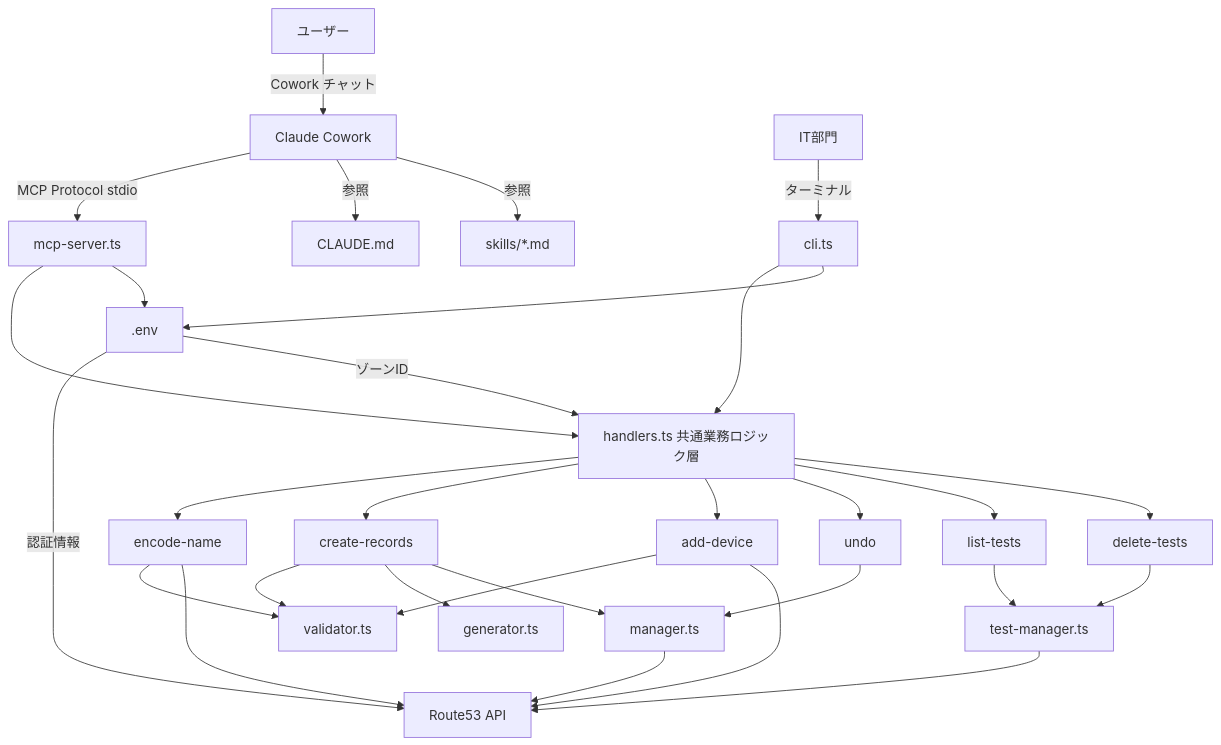
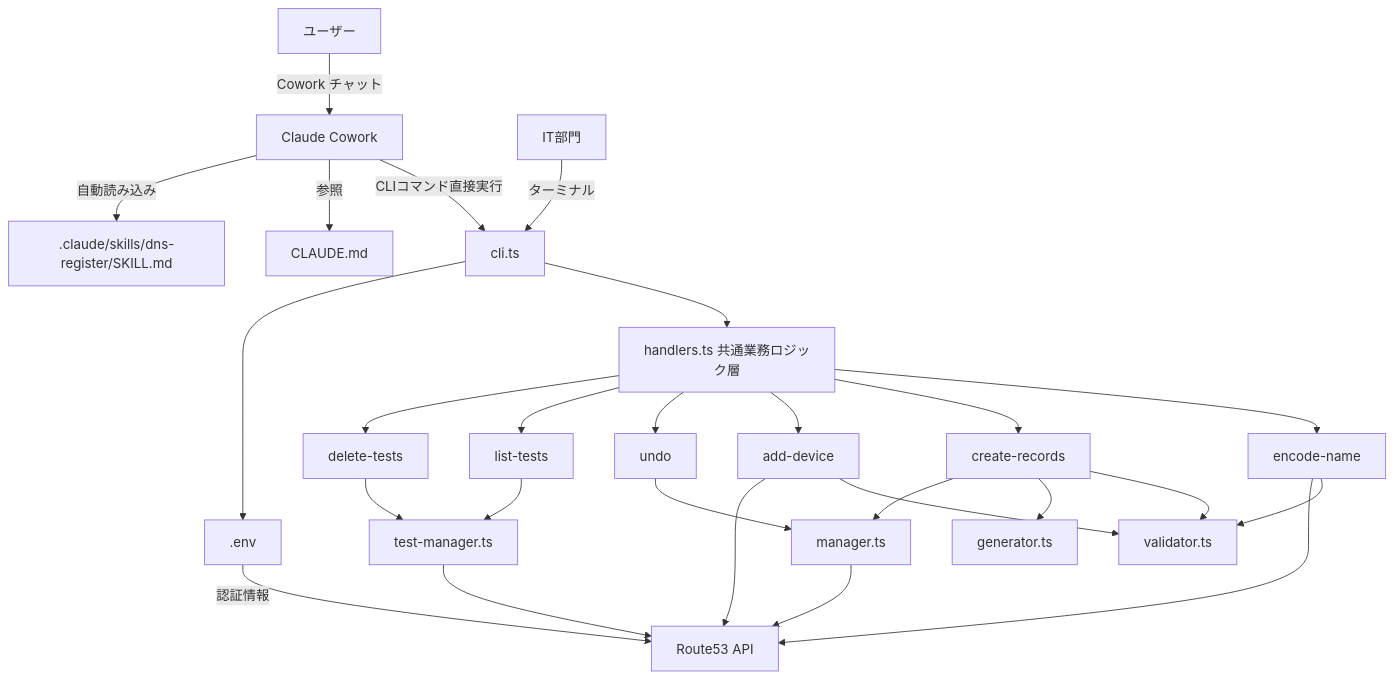
Before and after one commit to y-ishijima/route53_dns_auto_register: the first of 3 diagrams in docs/architecture.md, drawn with Mermaid. The commit also changed other lines of this file and 11 other files, not shown here.

First line of the commit message:
feat: MCPサーバー廃止・Cowork仮想環境でのCLI直接実行に移行 (cowork-cli-execution)

````diff
--- a/docs/architecture.md
+++ b/docs/architecture.md
@@ -5,40 +5,38 @@
 ```mermaid
 graph TD
     User[ユーザー] -->|Cowork チャット| Cowork[Claude Cowork]
-    Cowork -->|MCP Protocol stdio| MCP[mcp-server.ts]
-    MCP --> HANDLERS[handlers.ts 共通業務ロジック層]
+    Cowork -->|CLIコマンド直接実行| CLI[cli.ts]
 
-    IT[IT部門] -->|ターミナル| CLI[cli.ts]
-    CLI --> HANDLERS
+    IT[IT部門] -->|ターミナル| CLI
+
+    CLI --> HANDLERS[handlers.ts 共通業務ロジック層]
 
     HANDLERS --> EN[encode-name]
     HANDLERS --> CR[create-records]
     HANDLERS --> AD[add-device]
     HANDLERS --> UNDO[undo]
     HANDLERS --> LT[list-tests]
     HANDLERS --> DT[delete-tests]
 
     EN --> VAL[validator.ts]
     EN --> R53[Route53 API]
 
     CR --> VAL
     CR --> GEN[generator.ts]
     CR --> MGR[manager.ts]
     MGR --> R53
 
     AD --> VAL
     AD --> R53
 
     UNDO --> MGR
     LT --> TM[test-manager.ts]
     DT --> TM
     TM --> R53
 
-    MCP --> ENV[.env]
-    CLI --> ENV
+    CLI --> ENV[.env]
     ENV -->|認証情報| R53
-    ENV -->|ゾーンID| HANDLERS
 
     Cowork -->|参照| CLAUDE[CLAUDE.md]
-    Cowork -->|参照| SKILL[skills/*.md]
+    Cowork -->|自動読み込み| SKILL[.claude/skills/dns-register/SKILL.md]
 ```
````
